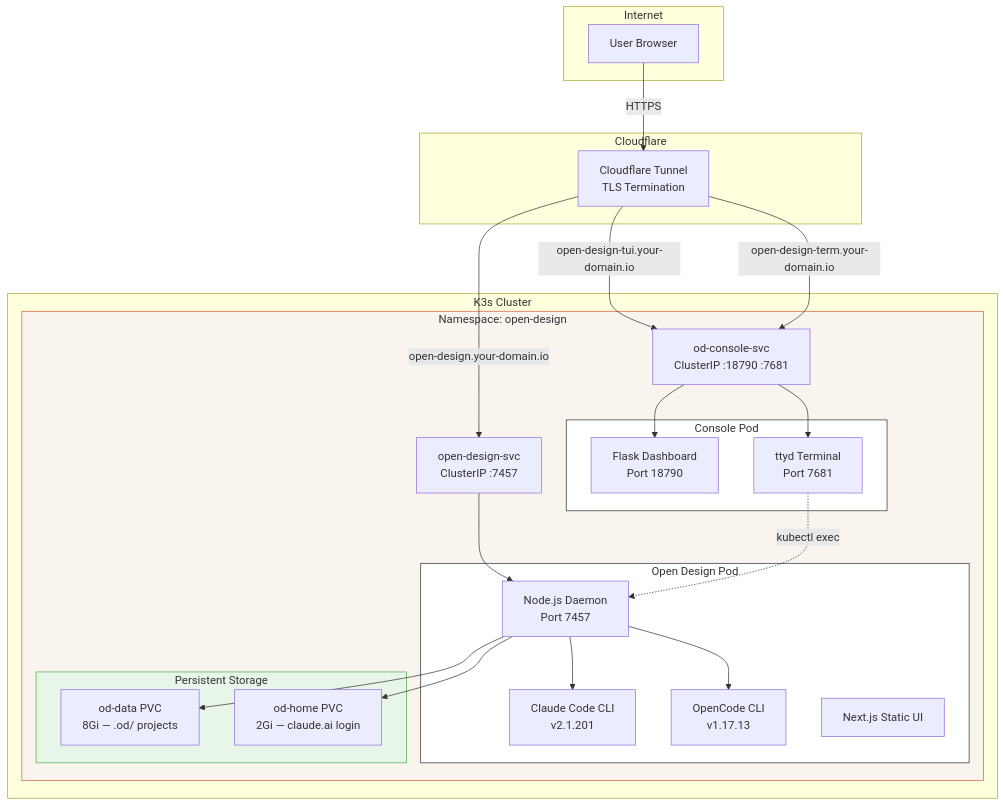
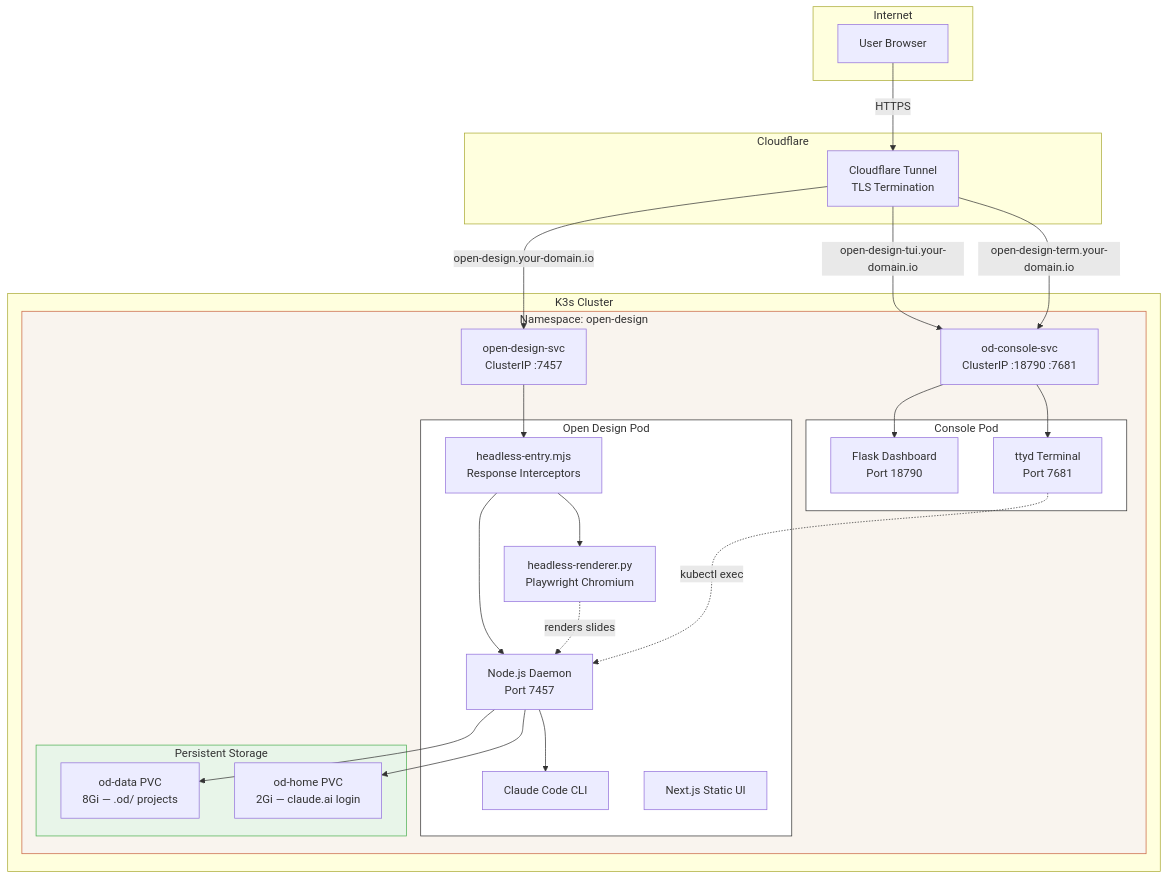
One commit to WOOWTECH/Woow_k3s_opendesign changed the first of 2 diagrams in README.md. Above: the diagram before and after it, drawn with Mermaid. The commit also changed other lines of this file and 4 other files, not shown here.

````diff
--- a/README.md
+++ b/README.md
@@ -48,49 +50,52 @@
 ```mermaid
 graph TB
     subgraph Internet
         User[User Browser]
     end
 
     subgraph Cloudflare
         CF[Cloudflare Tunnel<br/>TLS Termination]
     end
 
     subgraph K3s Cluster
         subgraph ns[Namespace: open-design]
             subgraph daemon[Open Design Pod]
                 OD[Node.js Daemon<br/>Port 7457]
-                CC[Claude Code CLI<br/>v2.1.201]
-                OC[OpenCode CLI<br/>v1.17.13]
+                HE[headless-entry.mjs<br/>Response Interceptors]
+                HR[headless-renderer.py<br/>Playwright Chromium]
+                CC[Claude Code CLI]
                 WEB[Next.js Static UI]
             end
             subgraph console[Console Pod]
                 FLASK[Flask Dashboard<br/>Port 18790]
                 TTYD[ttyd Terminal<br/>Port 7681]
             end
             subgraph storage[Persistent Storage]
                 PVC1[od-data PVC<br/>8Gi — .od/ projects]
                 PVC2[od-home PVC<br/>2Gi — claude.ai login]
             end
             SVC1[open-design-svc<br/>ClusterIP :7457]
             SVC2[od-console-svc<br/>ClusterIP :18790 :7681]
         end
     end
 
     User -->|HTTPS| CF
     CF -->|open-design.your-domain.io| SVC1
     CF -->|open-design-tui.your-domain.io| SVC2
     CF -->|open-design-term.your-domain.io| SVC2
-    SVC1 --> OD
+    SVC1 --> HE
+    HE --> OD
+    HE --> HR
     SVC2 --> FLASK
     SVC2 --> TTYD
     OD --> CC
-    OD --> OC
     OD --> PVC1
     OD --> PVC2
+    HR -.->|renders slides| OD
     TTYD -.->|kubectl exec| OD
 
     style ns fill:#f9f4ee,stroke:#c96442
     style daemon fill:#fff,stroke:#333
     style console fill:#fff,stroke:#333
     style storage fill:#e8f5e9,stroke:#4caf50
 ```
````
